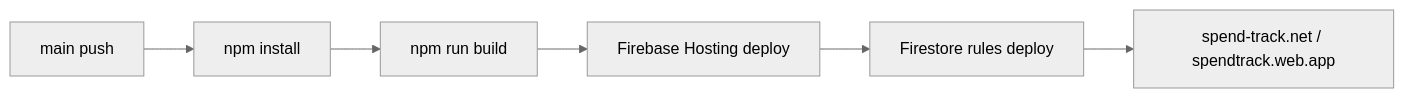
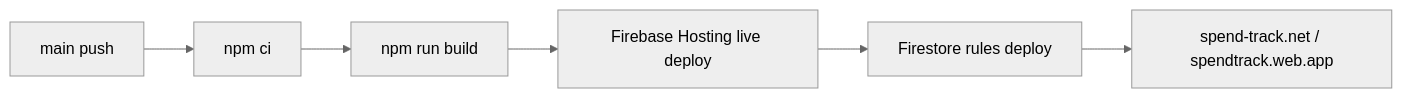
Before and after one commit to kosta-dev-sjh/p2-purchase-tracker: the third of 3 diagrams in README.md, drawn with Mermaid (neutral theme). The commit also changed other lines of this file, not shown here.

````diff
--- a/README.md
+++ b/README.md
@@ -212,8 +187,8 @@
 ```mermaid
 flowchart LR
-  A["main push"] --> B["npm install"]
+  A["main push"] --> B["npm ci"]
   B --> C["npm run build"]
-  C --> D["Firebase Hosting deploy"]
+  C --> D["Firebase Hosting live deploy"]
   D --> E["Firestore rules deploy"]
   E --> F["spend-track.net / spendtrack.web.app"]
 ```
````
